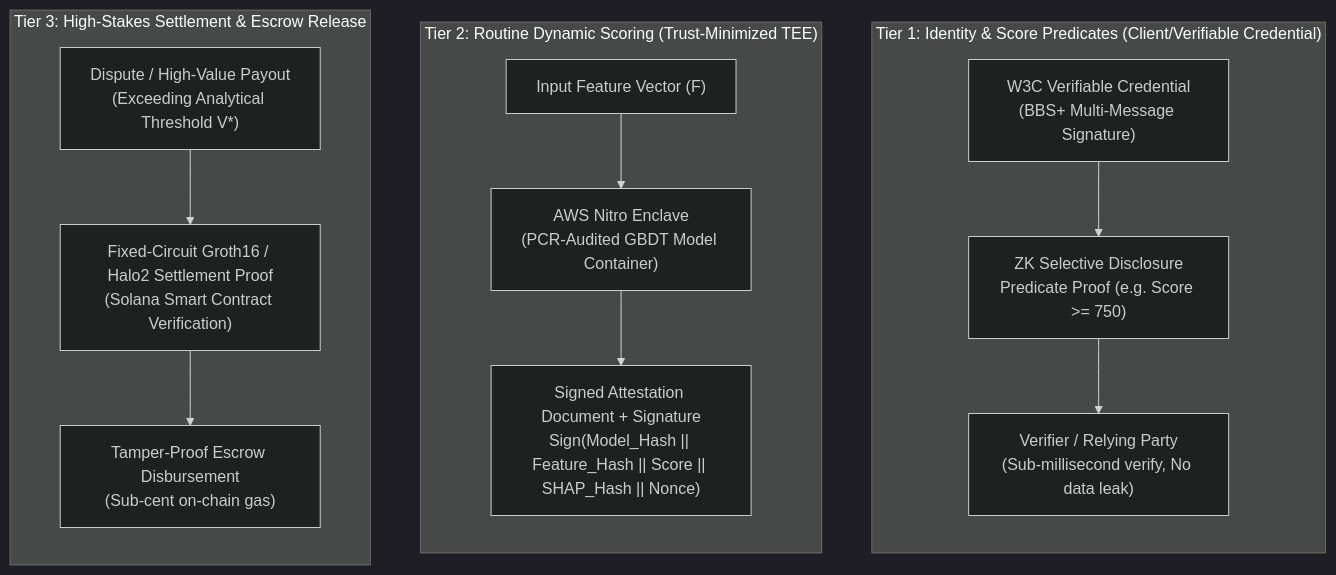
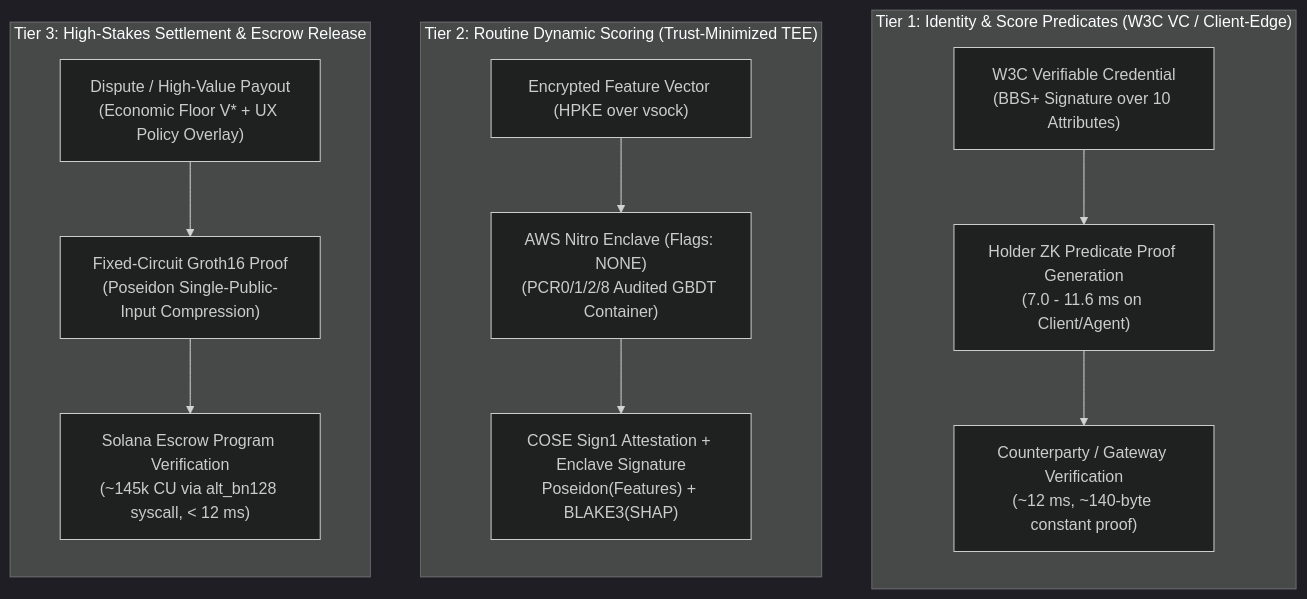
The first of 3 diagrams in docs/pabandi-trust-privacy-architecture-v2.md (jweezy119/Pabandi), drawn with Mermaid (dark theme) before and after one commit. The commit also changed other lines of this file, not shown here.

Commit message:
docs(architecture): upgrade trust & privacy spec to v2.1 engineering implementation contract

````diff
--- a/docs/pabandi-trust-privacy-architecture-v2.md
+++ b/docs/pabandi-trust-privacy-architecture-v2.md
@@ -12,26 +12,26 @@
 ```mermaid
 flowchart TD
-    subgraph T1["Tier 1: Identity & Score Predicates (Client/Verifiable Credential)"]
+    subgraph T1["Tier 1: Identity & Score Predicates (W3C VC / Client-Edge)"]
         direction TB
-        C1["W3C Verifiable Credential<br/>(BBS+ Multi-Message Signature)"]
-        P1["ZK Selective Disclosure<br/>Predicate Proof (e.g. Score >= 750)"]
-        V1["Verifier / Relying Party<br/>(Sub-millisecond verify, No data leak)"]
+        C1["W3C Verifiable Credential<br/>(BBS+ Signature over 10 Attributes)"]
+        P1["Holder ZK Predicate Proof Generation<br/>(7.0 - 11.6 ms on Client/Agent)"]
+        V1["Counterparty / Gateway Verification<br/>(~12 ms, ~140-byte constant proof)"]
         C1 --> P1 --> V1
     end
 
     subgraph T2["Tier 2: Routine Dynamic Scoring (Trust-Minimized TEE)"]
         direction TB
-        INPUT["Input Feature Vector (F)"]
-        NITRO["AWS Nitro Enclave<br/>(PCR-Audited GBDT Model Container)"]
-        SIG["Signed Attestation Document + Signature<br/>Sign(Model_Hash || Feature_Hash || Score || SHAP_Hash || Nonce)"]
+        INPUT["Encrypted Feature Vector (HPKE over vsock)"]
+        NITRO["AWS Nitro Enclave (Flags: NONE)<br/>(PCR0/1/2/8 Audited GBDT Container)"]
+        SIG["COSE Sign1 Attestation + Enclave Signature<br/>Poseidon(Features) + BLAKE3(SHAP)"]
         INPUT --> NITRO --> SIG
     end
 
     subgraph T3["Tier 3: High-Stakes Settlement & Escrow Release"]
         direction TB
-        ESCROW["Dispute / High-Value Payout<br/>(Exceeding Analytical Threshold V*)"]
-        ZK_PROOF["Fixed-Circuit Groth16 / Halo2 Settlement Proof<br/>(Solana Smart Contract Verification)"]
-        ONCHAIN["Tamper-Proof Escrow Disbursement<br/>(Sub-cent on-chain gas)"]
+        ESCROW["Dispute / High-Value Payout<br/>(Economic Floor V* + UX Policy Overlay)"]
+        ZK_PROOF["Fixed-Circuit Groth16 Proof<br/>(Poseidon Single-Public-Input Compression)"]
+        ONCHAIN["Solana Escrow Program Verification<br/>(~145k CU via alt_bn128 syscall, < 12 ms)"]
         ESCROW --> ZK_PROOF --> ONCHAIN
     end
 ```
````
